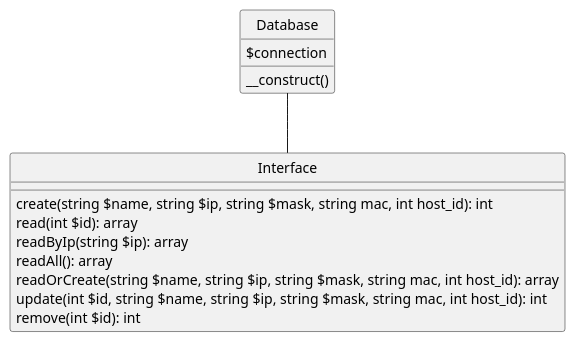
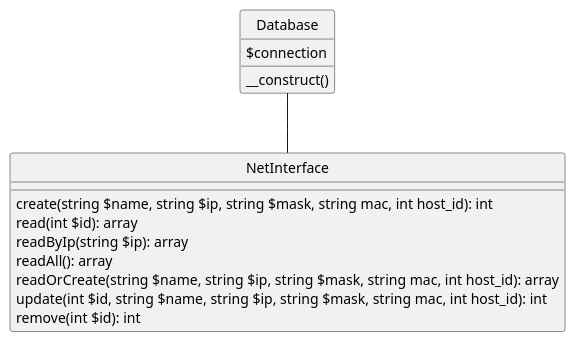
Before and after one commit to ifpb/php-guide: the diagram in stdlib/pdo/codes/host-interface/assets/model-interface.pu, drawn with PlantUML. The commit also changed 4 other files, not shown here.

Commit message:
fix class diagram

```diff
--- a/stdlib/pdo/codes/host-interface/assets/model-interface.pu
+++ b/stdlib/pdo/codes/host-interface/assets/model-interface.pu
@@ -1,22 +1,22 @@
 @startuml
 skinparam classAttributeIconSize 0
 skinparam monochrome true
 hide circle
 
 class Database {
   $connection
   __construct()
 }
 
-class Interface {
+class NetInterface {
   create(string $name, string $ip, string $mask, string mac, int host_id): int
   read(int $id): array
   readByIp(string $ip): array
   readAll(): array
   readOrCreate(string $name, string $ip, string $mask, string mac, int host_id): array
   update(int $id, string $name, string $ip, string $mask, string mac, int host_id): int
   remove(int $id): int
 }
 
-Database -- Interface
+Database -- NetInterface
 @enduml
```
